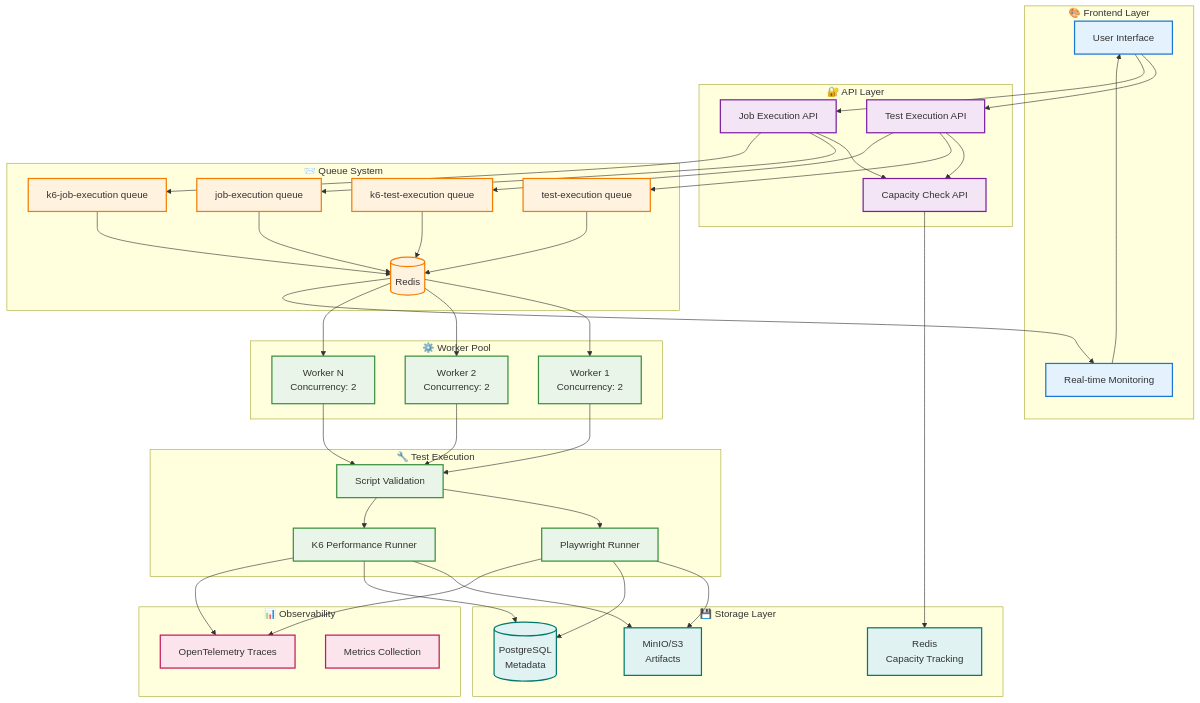
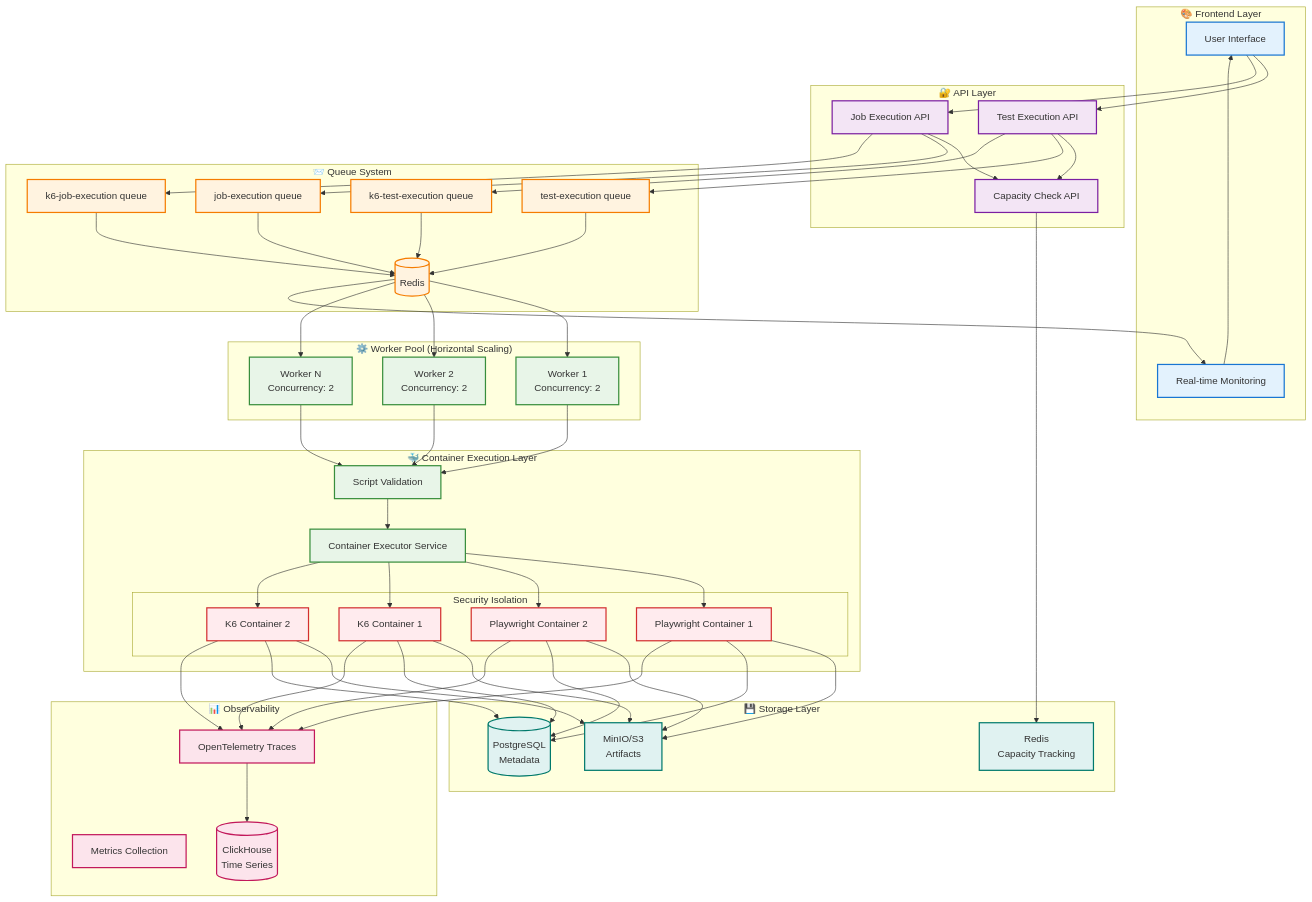
The first of 26 diagrams in specs/TEST_EXECUTION_AND_JOB_QUEUE_FLOW.md (supercheck-io/supercheck), drawn with Mermaid before and after one commit. The commit also changed other lines of this file and 14 other files, not shown here.

````diff
--- a/specs/TEST_EXECUTION_AND_JOB_QUEUE_FLOW.md
+++ b/specs/TEST_EXECUTION_AND_JOB_QUEUE_FLOW.md
@@ -39,15 +41,21 @@
         Q4[k6-job-execution queue]
     end
 
-    subgraph "⚙️ Worker Pool"
+    subgraph "⚙️ Worker Pool (Horizontal Scaling)"
         W1[Worker 1<br/>Concurrency: 2]
         W2[Worker 2<br/>Concurrency: 2]
         W3[Worker N<br/>Concurrency: 2]
     end
 
-    subgraph "🔧 Test Execution"
-        PLAYWRIGHT[Playwright Runner]
-        K6[K6 Performance Runner]
+    subgraph "🐳 Container Execution Layer"
+        subgraph "Security Isolation"
+            C1[Playwright Container 1]
+            C2[Playwright Container 2]
+            C3[K6 Container 1]
+            C4[K6 Container 2]
+        end
+        
+        CONTAINER[Container Executor Service]
         VALIDATION[Script Validation]
     end
 
@@ -60,6 +68,7 @@
     subgraph "📊 Observability"
         OTEL[OpenTelemetry Traces]
         METRICS[Metrics Collection]
+        CLICK[(ClickHouse<br/>Time Series)]
     end
 
     UI --> API1 & API2
@@ -72,26 +81,30 @@
     REDIS --> W1 & W2 & W3
 
     W1 & W2 & W3 --> VALIDATION
-    VALIDATION --> PLAYWRIGHT & K6
+    VALIDATION --> CONTAINER
+    CONTAINER --> C1 & C2 & C3 & C4
 
-    PLAYWRIGHT & K6 --> S3
-    PLAYWRIGHT & K6 --> DB
-    PLAYWRIGHT & K6 --> OTEL
+    C1 & C2 & C3 & C4 --> S3
+    C1 & C2 & C3 & C4 --> DB
+    C1 & C2 & C3 & C4 --> OTEL
 
     REDIS --> MONITOR
+    OTEL --> CLICK
     MONITOR --> UI
 
     classDef frontend fill:#e3f2fd,stroke:#1976d2,stroke-width:2px
     classDef api fill:#f3e5f5,stroke:#7b1fa2,stroke-width:2px
     classDef queue fill:#fff3e0,stroke:#f57c00,stroke-width:2px
     classDef worker fill:#e8f5e8,stroke:#388e3c,stroke-width:2px
+    classDef container fill:#ffebee,stroke:#d32f2f,stroke-width:2px
     classDef storage fill:#e0f2f1,stroke:#00796b,stroke-width:2px
     classDef obs fill:#fce4ec,stroke:#c2185b,stroke-width:2px
 
     class UI,MONITOR frontend
     class API1,API2,API3 api
     class REDIS,Q1,Q2,Q3,Q4 queue
-    class W1,W2,W3,PLAYWRIGHT,K6,VALIDATION worker
+    class W1,W2,W3,VALIDATION,CONTAINER worker
+    class C1,C2,C3,C4 container
     class DB,S3,CACHE storage
-    class OTEL,METRICS obs
+    class OTEL,METRICS,CLICK obs
 ```
````
